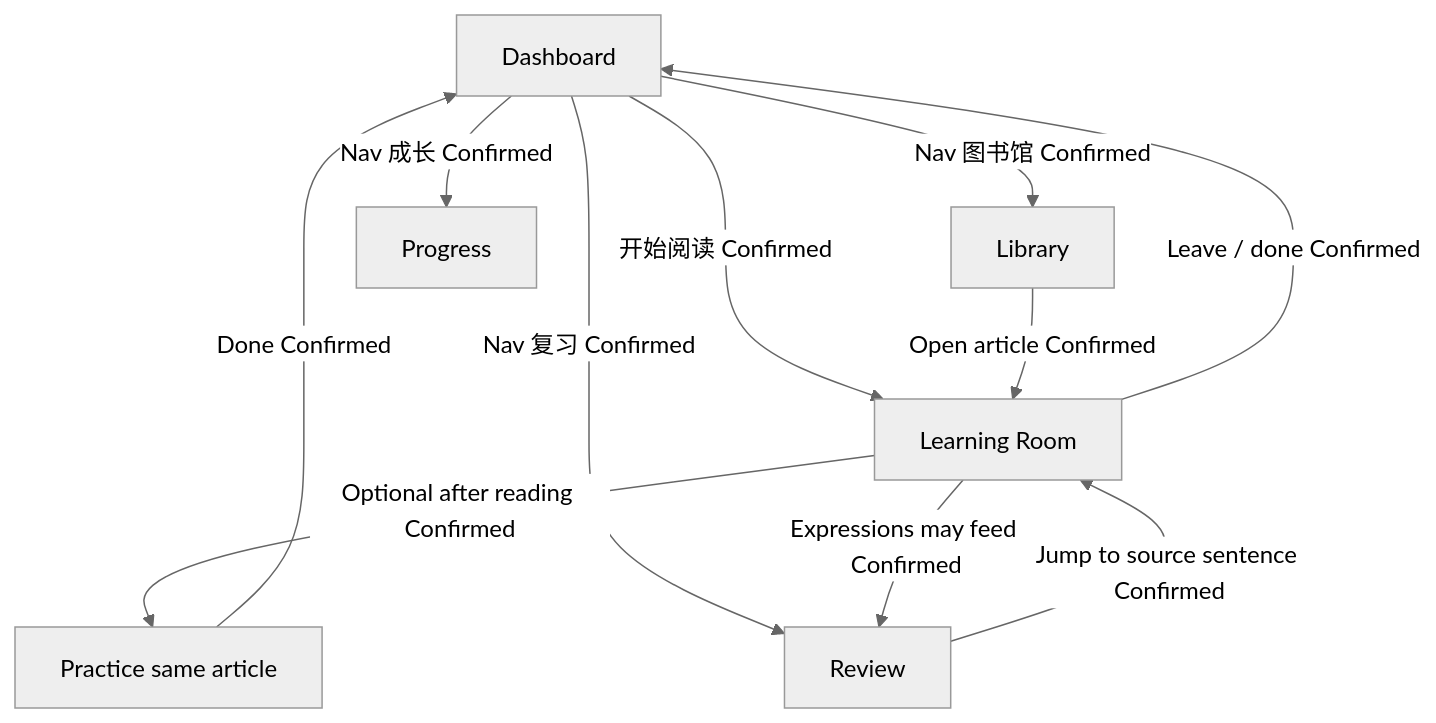
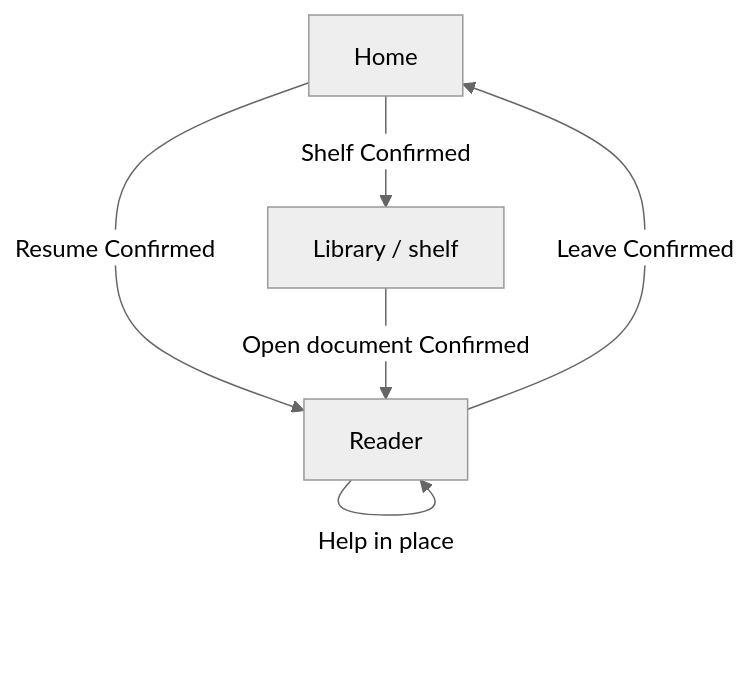
The third of 3 diagrams in docs/product/prototype-flows.md (zguiyang/Elynd), drawn with Mermaid (neutral theme) before and after one commit. The commit also changed other lines of this file and 8 other files, not shown here.

````diff
--- a/docs/product/prototype-flows.md
+++ b/docs/product/prototype-flows.md
@@ -88,14 +101,8 @@
 ```mermaid
 flowchart TD
-  D[Dashboard] -->|开始阅读 Confirmed| R[Learning Room]
-  D -->|Nav 图书馆 Confirmed| Lib[Library]
-  D -->|Nav 复习 Confirmed| Rev[Review]
-  D -->|Nav 成长 Confirmed| Prog[Progress]
-
-  Lib -->|Open article Confirmed| R
-  R -->|Optional after reading Confirmed| P[Practice same article]
-  P -->|Done Confirmed| D
-  R -->|Leave / done Confirmed| D
-  R -->|Expressions may feed Confirmed| Rev
-  Rev -->|Jump to source sentence Confirmed| R
+  H[Home] -->|Resume Confirmed| R[Reader]
+  H -->|Shelf Confirmed| Lib[Library / shelf]
+  Lib -->|Open document Confirmed| R
+  R -->|Help in place| R
+  R -->|Leave Confirmed| H
 ```
````
